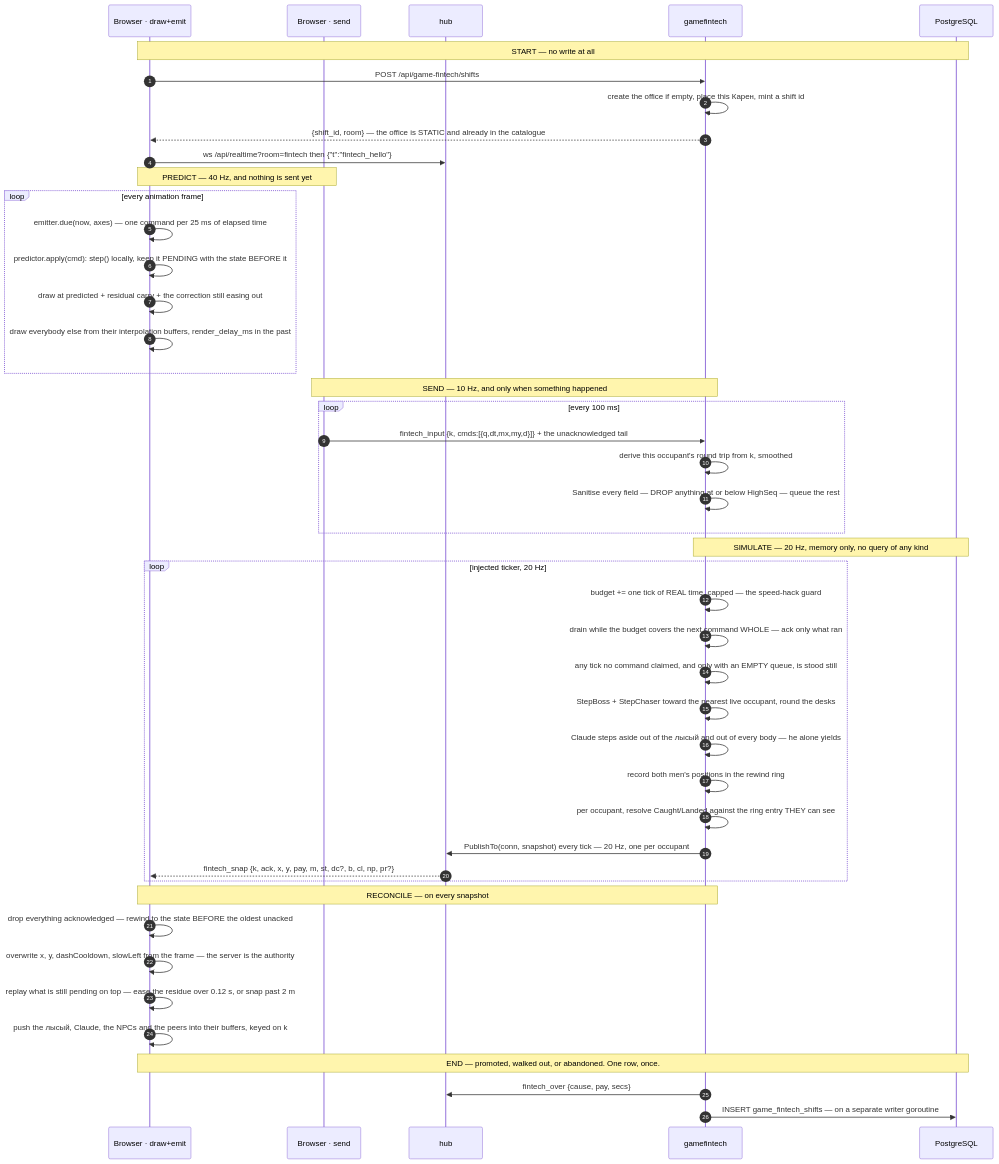
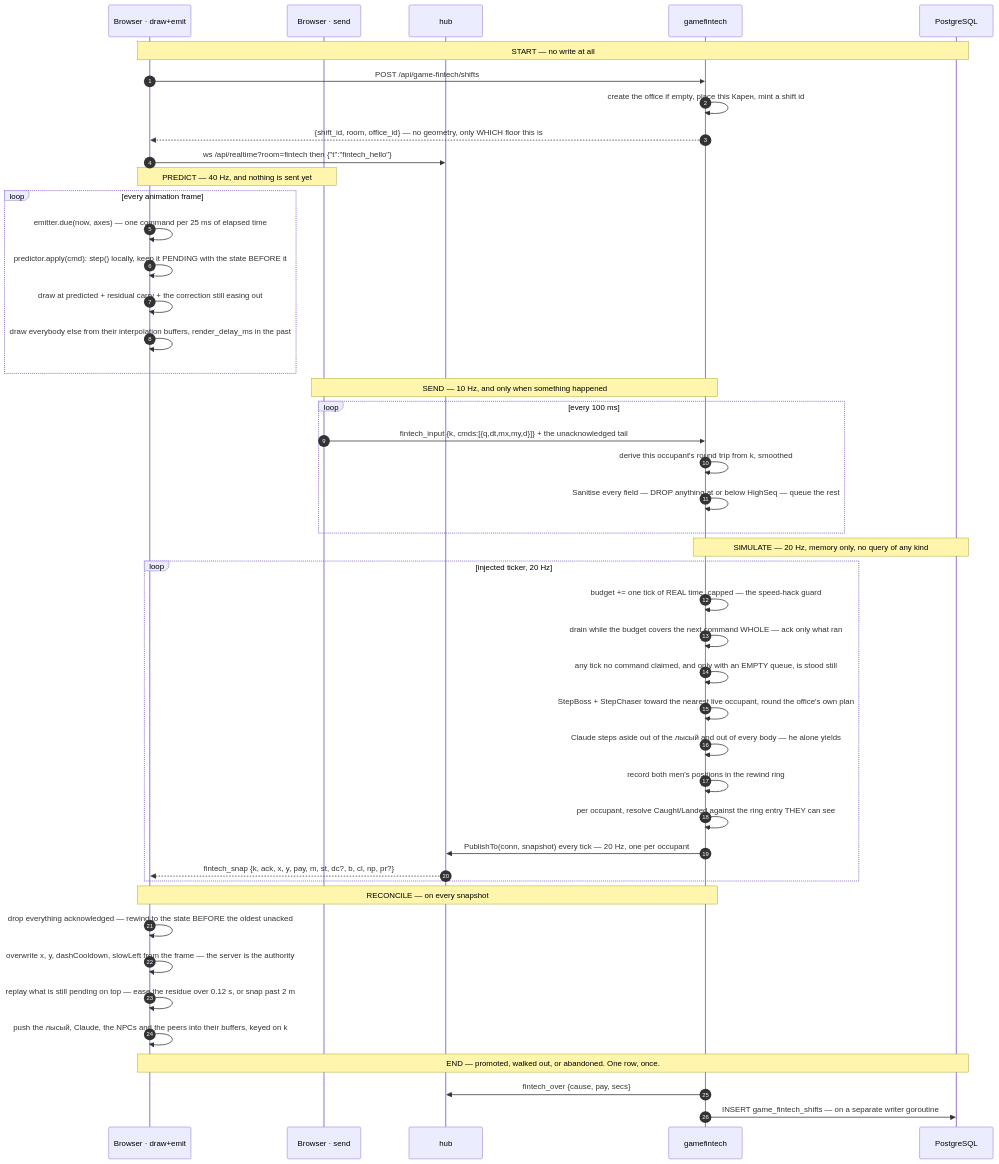
Before and after one commit to SergeyZSpb/psycho-space: the ninth of 13 diagrams in docs/ARCHITECTURE.md, drawn with Mermaid. The commit also changed other lines of this file and 48 other files, not shown here.

````diff
--- a/docs/ARCHITECTURE.md
+++ b/docs/ARCHITECTURE.md
@@ -469,53 +471,53 @@
 ```mermaid
 sequenceDiagram
     autonumber
     participant D as Browser · draw+emit
     participant S as Browser · send
     participant H as hub
     participant G as gamefintech
     participant P as PostgreSQL
 
     Note over D,P: START — no write at all
     D->>G: POST /api/game-fintech/shifts
     G->>G: create the office if empty, place this Карен, mint a shift id
-    G-->>D: {shift_id, room} — the office is STATIC and already in the catalogue
+    G-->>D: {shift_id, room, office_id} — no geometry, only WHICH floor this is
     D->>H: ws /api/realtime?room=fintech then {"t":"fintech_hello"}
 
     Note over D,S: PREDICT — 40 Hz, and nothing is sent yet
     loop every animation frame
         D->>D: emitter.due(now, axes) — one command per 25 ms of elapsed time
         D->>D: predictor.apply(cmd): step() locally, keep it PENDING with the state BEFORE it
         D->>D: draw at predicted + residual carry + the correction still easing out
         D->>D: draw everybody else from their interpolation buffers, render_delay_ms in the past
     end
 
     Note over S,G: SEND — 10 Hz, and only when something happened
     loop every 100 ms
         S->>G: fintech_input {k, cmds:[{q,dt,mx,my,d}]} + the unacknowledged tail
         G->>G: derive this occupant's round trip from k, smoothed
         G->>G: Sanitise every field — DROP anything at or below HighSeq — queue the rest
     end
 
     Note over G,P: SIMULATE — 20 Hz, memory only, no query of any kind
     loop injected ticker, 20 Hz
         G->>G: budget += one tick of REAL time, capped — the speed-hack guard
         G->>G: drain while the budget covers the next command WHOLE — ack only what ran
         G->>G: any tick no command claimed, and only with an EMPTY queue, is stood still
-        G->>G: StepBoss + StepChaser toward the nearest live occupant, round the desks
+        G->>G: StepBoss + StepChaser toward the nearest live occupant, round the office's own plan
         G->>G: Claude steps aside out of the лысый and out of every body — he alone yields
         G->>G: record both men's positions in the rewind ring
         G->>G: per occupant, resolve Caught/Landed against the ring entry THEY can see
         G->>H: PublishTo(conn, snapshot) every tick — 20 Hz, one per occupant
         H-->>D: fintech_snap {k, ack, x, y, pay, m, st, dc?, b, cl, np, pr?}
     end
 
     Note over D,G: RECONCILE — on every snapshot
     D->>D: drop everything acknowledged — rewind to the state BEFORE the oldest unacked
     D->>D: overwrite x, y, dashCooldown, slowLeft from the frame — the server is the authority
     D->>D: replay what is still pending on top — ease the residue over 0.12 s, or snap past 2 m
     D->>D: push the лысый, Claude, the NPCs and the peers into their buffers, keyed on k
 
     Note over D,P: END — promoted, walked out, or abandoned. One row, once.
     G->>H: fintech_over {cause, pay, secs}
     G->>P: INSERT game_fintech_shifts — on a separate writer goroutine
 ```
````
